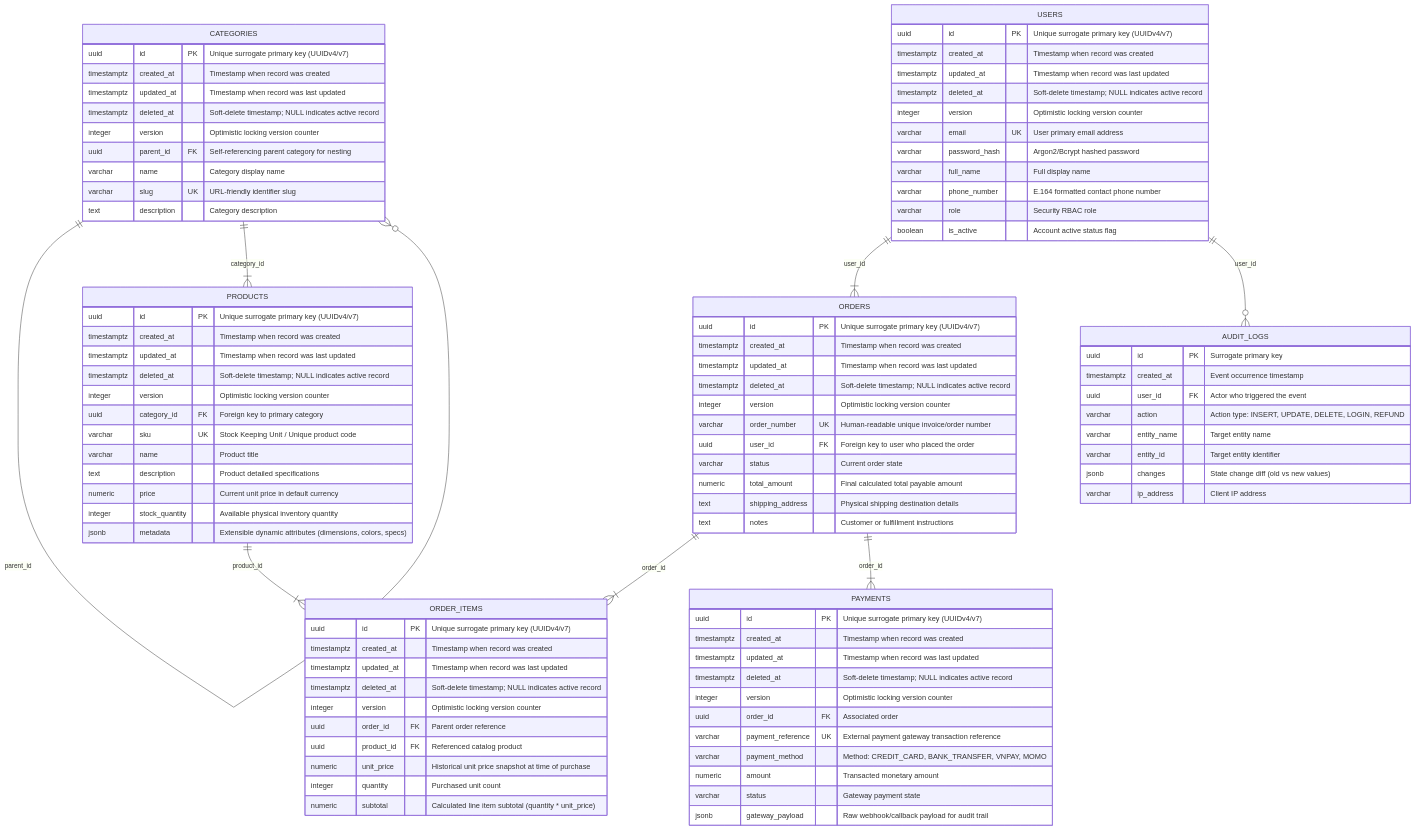
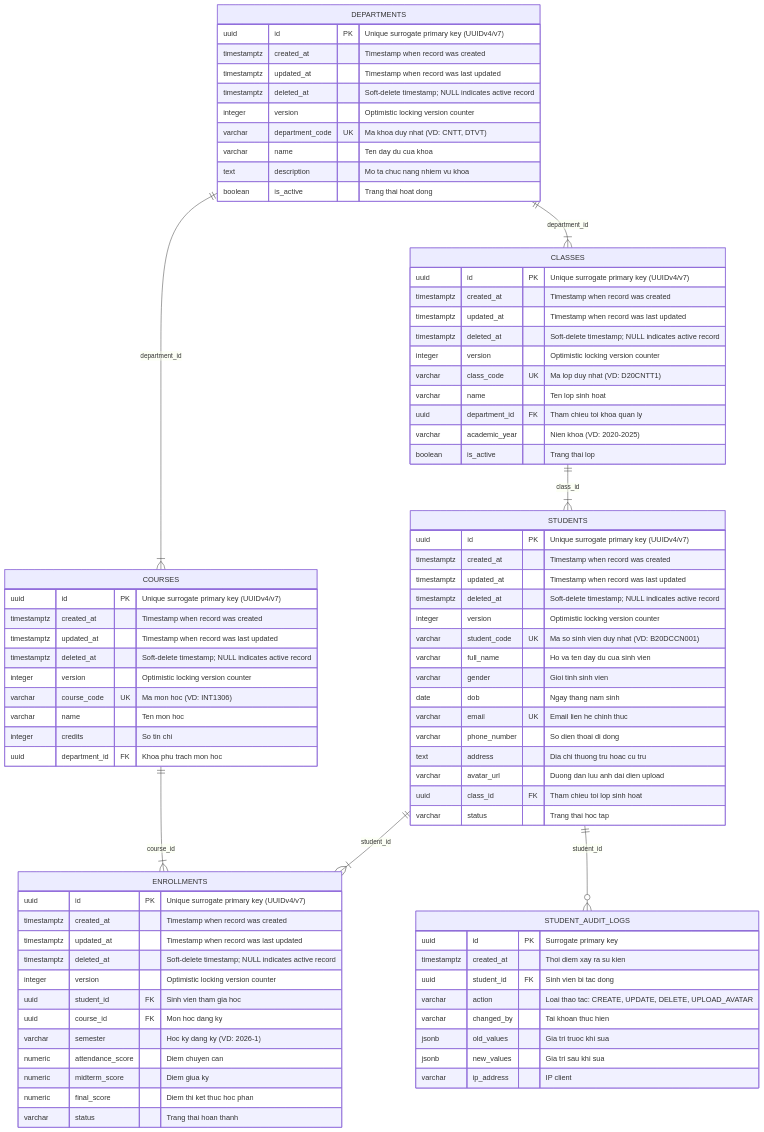
The diagram in agents/dba/artifacts/ERD.md (Minhdoptit/agent_BA_DBA-), drawn with Mermaid before and after one commit. The commit also changed other lines of this file and 43 other files, not shown here.

Commit message:
feat: enhance BA to produce complete srs.docs with sequence diagrams and upgrade DBA to output full schema.sql with seed data

````diff
--- a/agents/dba/artifacts/ERD.md
+++ b/agents/dba/artifacts/ERD.md
@@ -8,97 +8,85 @@
 ```mermaid
 erDiagram
-    CATEGORIES ||--o{ CATEGORIES : "parent_id"
-    CATEGORIES ||--|{ PRODUCTS : "category_id"
-    USERS ||--|{ ORDERS : "user_id"
-    ORDERS ||--|{ ORDER_ITEMS : "order_id"
-    PRODUCTS ||--|{ ORDER_ITEMS : "product_id"
-    ORDERS ||--|{ PAYMENTS : "order_id"
-    USERS ||--o{ AUDIT_LOGS : "user_id"
+    DEPARTMENTS ||--|{ CLASSES : "department_id"
+    CLASSES ||--|{ STUDENTS : "class_id"
+    DEPARTMENTS ||--|{ COURSES : "department_id"
+    STUDENTS ||--|{ ENROLLMENTS : "student_id"
+    COURSES ||--|{ ENROLLMENTS : "course_id"
+    STUDENTS ||--o{ STUDENT_AUDIT_LOGS : "student_id"
 
-    USERS {
+    DEPARTMENTS {
         uuid id PK "Unique surrogate primary key (UUIDv4/v7)"
         timestamptz created_at "Timestamp when record was created"
         timestamptz updated_at "Timestamp when record was last updated"
         timestamptz deleted_at "Soft-delete timestamp; NULL indicates active record"
         integer version "Optimistic locking version counter"
-        varchar email UK "User primary email address"
-        varchar password_hash "Argon2/Bcrypt hashed password"
-        varchar full_name "Full display name"
-        varchar phone_number "E.164 formatted contact phone number"
-        varchar role "Security RBAC role"
-        boolean is_active "Account active status flag"
+        varchar department_code UK "Ma khoa duy nhat (VD: CNTT, DTVT)"
+        varchar name "Ten day du cua khoa"
+        text description "Mo ta chuc nang nhiem vu khoa"
+        boolean is_active "Trang thai hoat dong"
     }
-    CATEGORIES {
+    CLASSES {
         uuid id PK "Unique surrogate primary key (UUIDv4/v7)"
         timestamptz created_at "Timestamp when record was created"
         timestamptz updated_at "Timestamp when record was last updated"
         timestamptz deleted_at "Soft-delete timestamp; NULL indicates active record"
         integer version "Optimistic locking version counter"
-        uuid parent_id FK "Self-referencing parent category for nesting"
-        varchar name "Category display name"
-        varchar slug UK "URL-friendly identifier slug"
-        text description "Category description"
+        varchar class_code UK "Ma lop duy nhat (VD: D20CNTT1)"
+        varchar name "Ten lop sinh hoat"
+        uuid department_id FK "Tham chieu toi khoa quan ly"
+        varchar academic_year "Nien khoa (VD: 2020-2025)"
+        boolean is_active "Trang thai lop"
     }
-    PRODUCTS {
+    STUDENTS {
         uuid id PK "Unique surrogate primary key (UUIDv4/v7)"
         timestamptz created_at "Timestamp when record was created"
         timestamptz updated_at "Timestamp when record was last updated"
         timestamptz deleted_at "Soft-delete timestamp; NULL indicates active record"
         integer version "Optimistic locking version counter"
-        uuid category_id FK "Foreign key to primary category"
-        varchar sku UK "Stock Keeping Unit / Unique product code"
-        varchar name "Product title"
-        text description "Product detailed specifications"
-        numeric price "Current unit price in default currency"
-        integer stock_quantity "Available physical inventory quantity"
-        jsonb metadata "Extensible dynamic attributes (dimensions, colors, specs)"
+        varchar student_code UK "Ma so sinh vien duy nhat (VD: B20DCCN001)"
+        varchar full_name "Ho va ten day du cua sinh vien"
+        varchar gender "Gioi tinh sinh vien"
+        date dob "Ngay thang nam sinh"
+        varchar email UK "Email lien he chinh thuc"
+        varchar phone_number "So dien thoai di dong"
+        text address "Dia chi thuong tru hoac cu tru"
+        varchar avatar_url "Duong dan luu anh dai dien upload"
+        uuid class_id FK "Tham chieu toi lop sinh hoat"
+        varchar status "Trang thai hoc tap"
     }
-    ORDERS {
+    COURSES {
         uuid id PK "Unique surrogate primary key (UUIDv4/v7)"
         timestamptz created_at "Timestamp when record was created"
         timestamptz updated_at "Timestamp when record was last updated"
         timestamptz deleted_at "Soft-delete timestamp; NULL indicates active record"
         integer version "Optimistic locking version counter"
-        varchar order_number UK "Human-readable unique invoice/order number"
-        uuid user_id FK "Foreign key to user who placed the order"
-        varchar status "Current order state"
-        numeric total_amount "Final calculated total payable amount"
-        text shipping_address "Physical shipping destination details"
-        text notes "Customer or fulfillment instructions"
+        varchar course_code UK "Ma mon hoc (VD: INT1306)"
+        varchar name "Ten mon hoc"
+        integer credits "So tin chi"
+        uuid department_id FK "Khoa phu trach mon hoc"
     }
-    ORDER_ITEMS {
+    ENROLLMENTS {
         uuid id PK "Unique surrogate primary key (UUIDv4/v7)"
         timestamptz created_at "Timestamp when record was created"
         timestamptz updated_at "Timestamp when record was last updated"
         timestamptz deleted_at "Soft-delete timestamp; NULL indicates active record"
         integer version "Optimistic locking version counter"
-        uuid order_id FK "Parent order reference"
-        uuid product_id FK "Referenced catalog product"
-        numeric unit_price "Historical unit price snapshot at time of purchase"
-        integer quantity "Purchased unit count"
-        numeric subtotal "Calculated line item subtotal (quantity * unit_price)"
+        uuid student_id FK "Sinh vien tham gia hoc"
+        uuid course_id FK "Mon hoc dang ky"
+        varchar semester "Hoc ky dang ky (VD: 2026-1)"
+        numeric attendance_score "Diem chuyen can"
+        numeric midterm_score "Diem giua ky"
+        numeric final_score "Diem thi ket thuc hoc phan"
+        varchar status "Trang thai hoan thanh"
     }
-    PAYMENTS {
-        uuid id PK "Unique surrogate primary key (UUIDv4/v7)"
-        timestamptz created_at "Timestamp when record was created"
-        timestamptz updated_at "Timestamp when record was last updated"
-        timestamptz deleted_at "Soft-delete timestamp; NULL indicates active record"
-        integer version "Optimistic locking version counter"
-        uuid order_id FK "Associated order"
-        varchar payment_reference UK "External payment gateway transaction reference"
-        varchar payment_method "Method: CREDIT_CARD, BANK_TRANSFER, VNPAY, MOMO"
-        numeric amount "Transacted monetary amount"
-        varchar status "Gateway payment state"
-        jsonb gateway_payload "Raw webhook/callback payload for audit trail"
-    }
-    AUDIT_LOGS {
+    STUDENT_AUDIT_LOGS {
         uuid id PK "Surrogate primary key"
-        timestamptz created_at "Event occurrence timestamp"
-        uuid user_id FK "Actor who triggered the event"
-        varchar action "Action type: INSERT, UPDATE, DELETE, LOGIN, REFUND"
-        varchar entity_name "Target entity name"
-        varchar entity_id "Target entity identifier"
-        jsonb changes "State change diff (old vs new values)"
-        varchar ip_address "Client IP address"
+        timestamptz created_at "Thoi diem xay ra su kien"
+        uuid student_id FK "Sinh vien bi tac dong"
+        varchar action "Loai thao tac: CREATE, UPDATE, DELETE, UPLOAD_AVATAR"
+        varchar changed_by "Tai khoan thuc hien"
+        jsonb old_values "Gia tri truoc khi sua"
+        jsonb new_values "Gia tri sau khi sua"
+        varchar ip_address "IP client"
     }
 ```
````
